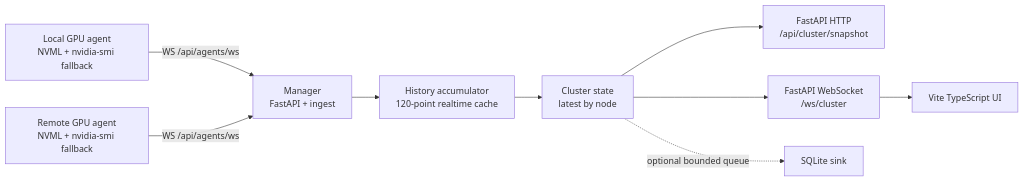
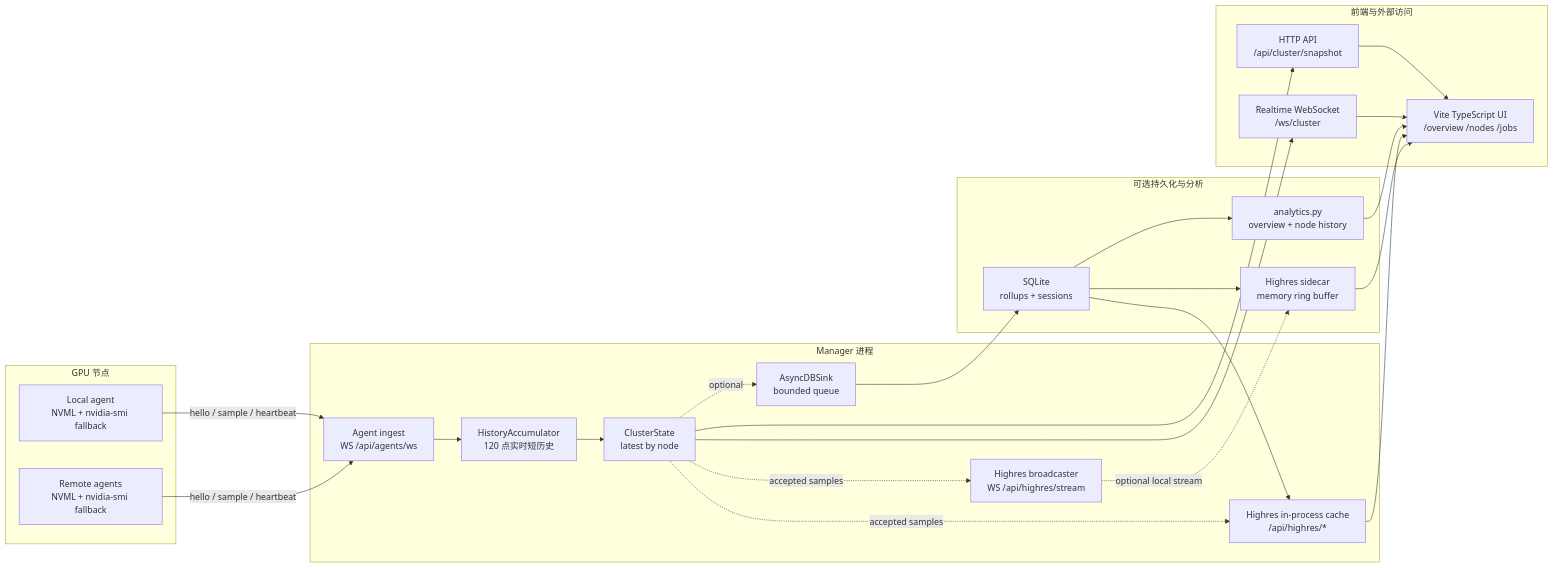
Before and after one commit to kuma-loong/Constella: the diagram in docs/DESIGN.md, drawn with Mermaid. The commit also changed other lines of this file and 16 other files, not shown here.

Commit message:
docs: update readme architecture and deployment

````diff
--- a/docs/DESIGN.md
+++ b/docs/DESIGN.md
@@ -9,11 +9,41 @@
 ```mermaid
 flowchart LR
-  L["Local GPU agent<br/>NVML + nvidia-smi fallback"] -->|"WS /api/agents/ws"| M["Manager<br/>FastAPI + ingest"]
-  R["Remote GPU agent<br/>NVML + nvidia-smi fallback"] -->|"WS /api/agents/ws"| M
-  M --> A["History accumulator<br/>120-point realtime cache"]
-  A --> S["Cluster state<br/>latest by node"]
-  S --> G["FastAPI HTTP<br/>/api/cluster/snapshot"]
-  S --> H["FastAPI WebSocket<br/>/ws/cluster"]
-  H --> F["Vite TypeScript UI"]
-  S -.optional bounded queue.-> DB["SQLite sink"]
+  subgraph GPU["GPU 节点"]
+    L["Local agent<br/>NVML + nvidia-smi fallback"]
+    R["Remote agents<br/>NVML + nvidia-smi fallback"]
+  end
+
+  subgraph Manager["Manager 进程"]
+    I["Agent ingest<br/>WS /api/agents/ws"]
+    A["HistoryAccumulator<br/>120 点实时短历史"]
+    S["ClusterState<br/>latest by node"]
+    B["Highres broadcaster<br/>WS /api/highres/stream"]
+    C["Highres in-process cache<br/>/api/highres/*"]
+    Q["AsyncDBSink<br/>bounded queue"]
+  end
+
+  subgraph Optional["可选持久化与分析"]
+    DB["SQLite<br/>rollups + sessions"]
+    AN["analytics.py<br/>overview + node history"]
+    HS["Highres sidecar<br/>memory ring buffer"]
+  end
+
+  subgraph UI["前端与外部访问"]
+    API["HTTP API<br/>/api/cluster/snapshot"]
+    WS["Realtime WebSocket<br/>/ws/cluster"]
+    FE["Vite TypeScript UI<br/>/overview /nodes /jobs"]
+  end
+
+  L -->|"hello / sample / heartbeat"| I
+  R -->|"hello / sample / heartbeat"| I
+  I --> A --> S
+  S --> API --> FE
+  S --> WS --> FE
+  S -.accepted samples.-> C
+  S -.accepted samples.-> B
+  B -.optional local stream.-> HS
+  S -.optional.-> Q --> DB
+  DB --> AN --> FE
+  DB --> C --> FE
+  DB --> HS --> FE
 ```
````
